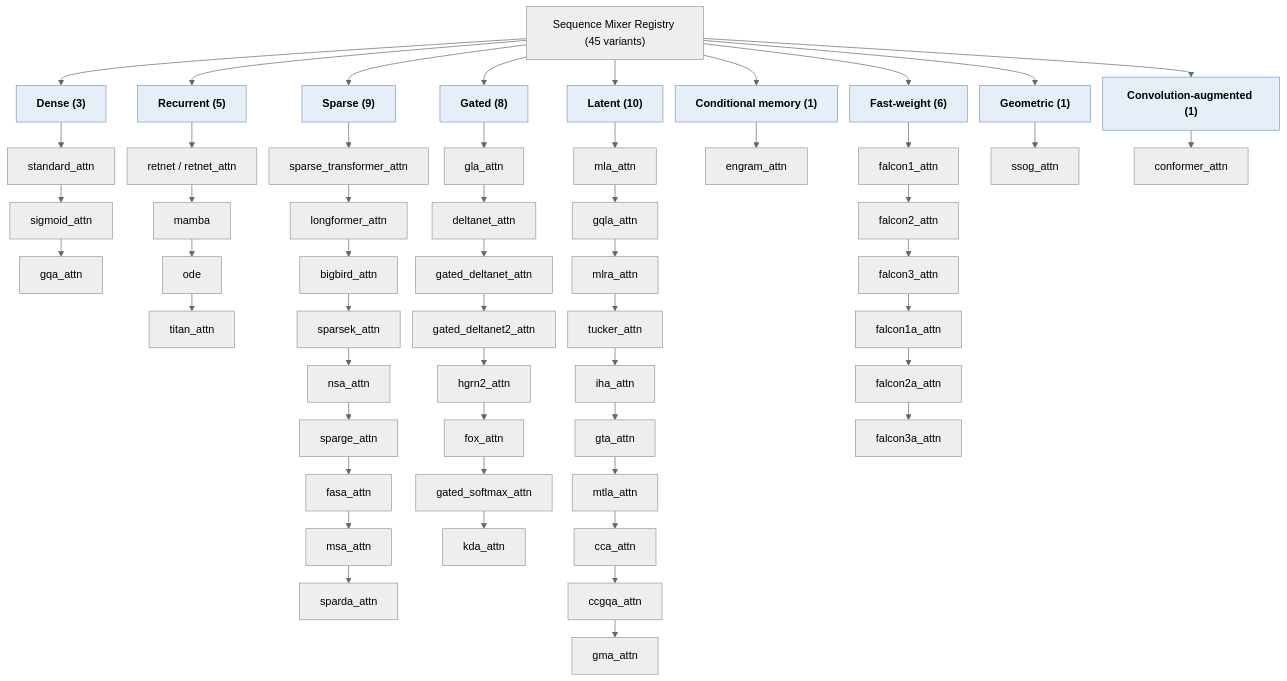
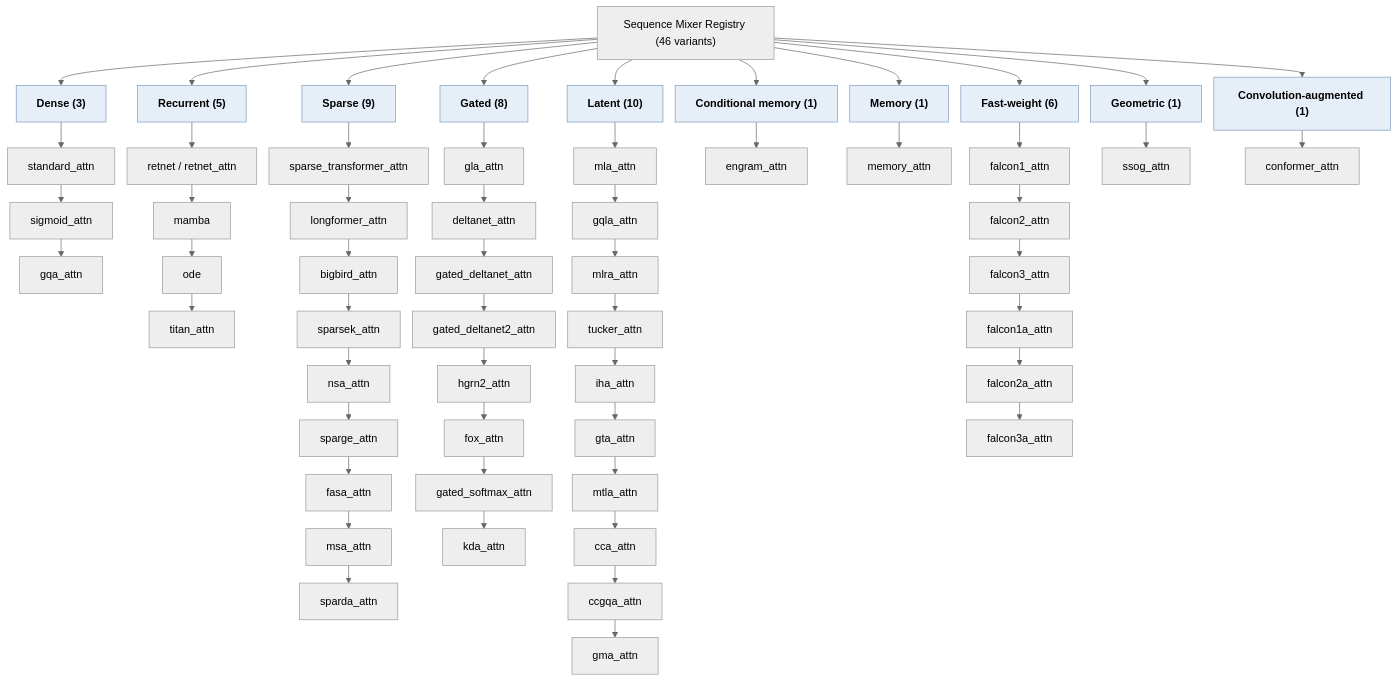
Before and after one commit to erickfmm/frankenstein-transformer: the diagram in docs/paper/figures/mixer-taxonomy.mmd, drawn with Mermaid. The commit also changed 52 other files, not shown here.

```diff
--- a/docs/paper/figures/mixer-taxonomy.mmd
+++ b/docs/paper/figures/mixer-taxonomy.mmd
@@ -1,34 +1,37 @@
 %%{init: {"theme":"neutral","flowchart":{"curve":"basis","nodeSpacing":18,"rankSpacing":26}}}%%
 flowchart TD
-  root["Sequence Mixer Registry (45 variants)"]
+  root["Sequence Mixer Registry (46 variants)"]
 
   d["Dense (3)"] --> d1["standard_attn"] --> d2["sigmoid_attn"] --> d3["gqa_attn"]
 
   r["Recurrent (5)"] --> r1["retnet / retnet_attn"] --> r2["mamba"] --> r3["ode"] --> r4["titan_attn"]
 
   s["Sparse (9)"] --> s1["sparse_transformer_attn"] --> s2["longformer_attn"] --> s3["bigbird_attn"] --> s4["sparsek_attn"] --> s5["nsa_attn"] --> s6["sparge_attn"] --> s7["fasa_attn"] --> s8["msa_attn"] --> s9["sparda_attn"]
 
   g["Gated (8)"] --> g1["gla_attn"] --> g2["deltanet_attn"] --> g3["gated_deltanet_attn"] --> g4["gated_deltanet2_attn"] --> g5["hgrn2_attn"] --> g6["fox_attn"] --> g7["gated_softmax_attn"] --> g8["kda_attn"]
 
   l["Latent (10)"] --> l1["mla_attn"] --> l2["gqla_attn"] --> l3["mlra_attn"] --> l4["tucker_attn"] --> l5["iha_attn"] --> l6["gta_attn"] --> l7["mtla_attn"] --> l8["cca_attn"] --> l9["ccgqa_attn"] --> l10["gma_attn"]
 
   m["Conditional memory (1)"] --> m1["engram_attn"]
 
+  mm["Memory (1)"] --> mm1["memory_attn"]
+
   f["Fast-weight (6)"] --> f1["falcon1_attn"] --> f2["falcon2_attn"] --> f3["falcon3_attn"] --> f4["falcon1a_attn"] --> f5["falcon2a_attn"] --> f6["falcon3a_attn"]
 
   x["Geometric (1)"] --> x1["ssog_attn"]
 
   c["Convolution-augmented (1)"] --> c1["conformer_attn"]
 
   root --> d
   root --> r
   root --> s
   root --> g
   root --> l
   root --> m
+  root --> mm
   root --> f
   root --> x
   root --> c
 
   classDef category fill:#e6eef7,stroke:#7f9bbf,font-weight:bold
-  class d,r,s,g,l,m,f,x,c category
+  class d,r,s,g,l,m,mm,f,x,c category
```
